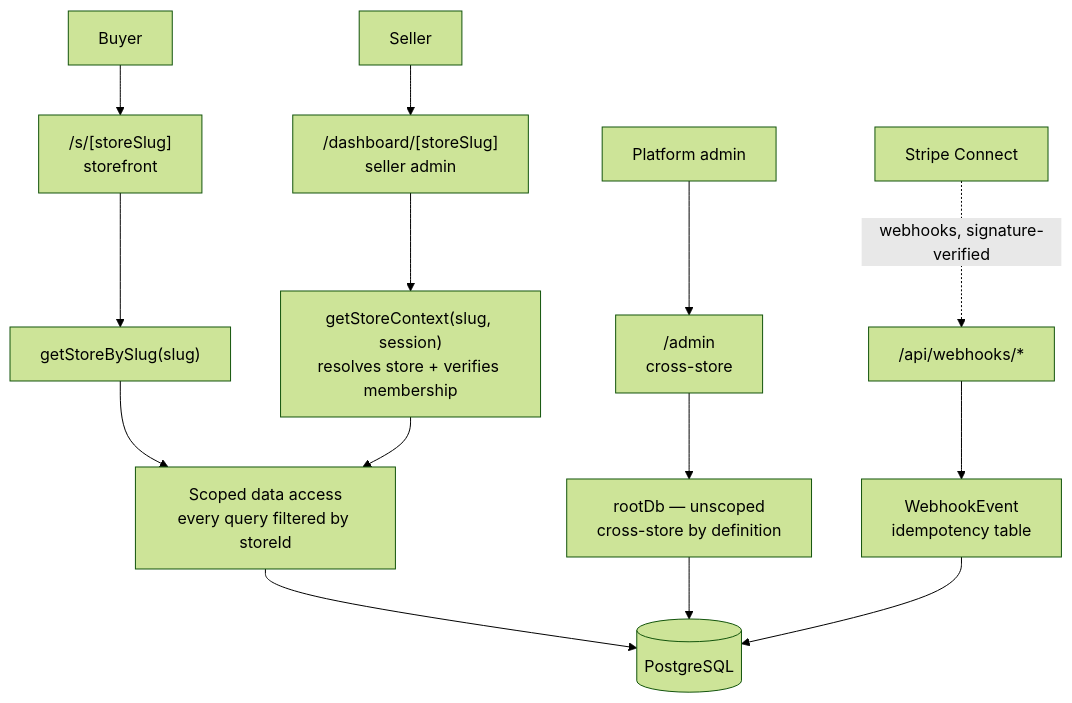
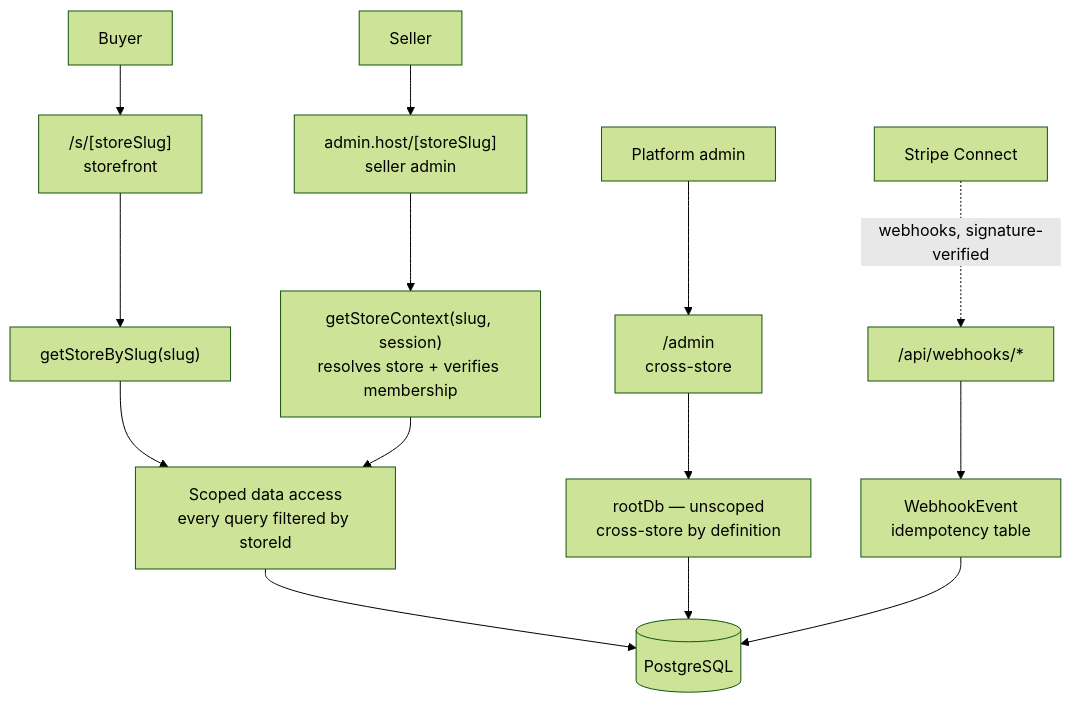
Before and after one commit to keraa00/Tender-ecommerce: the diagram in README.md, drawn with Mermaid (forest theme). The commit also changed other lines of this file and 38 other files, not shown here.

First line of the commit message:
feat(admin): serve the seller admin from admin.<host> with a left drawer

````diff
--- a/README.md
+++ b/README.md
@@ -90,20 +90,20 @@
 ```mermaid
 flowchart TB
     Buyer[Buyer] --> SF["/s/[storeSlug]<br/>storefront"]
-    Seller[Seller] --> DASH["/dashboard/[storeSlug]<br/>seller admin"]
+    Seller[Seller] --> DASH["admin.host/[storeSlug]<br/>seller admin"]
     Admin[Platform admin] --> PADM["/admin<br/>cross-store"]
 
     SF --> RESOLVE["getStoreBySlug(slug)"]
     DASH --> CTX["getStoreContext(slug, session)<br/>resolves store + verifies membership"]
 
     RESOLVE --> SCOPED[Scoped data access<br/>every query filtered by storeId]
     CTX --> SCOPED
     PADM --> ROOT["rootDb — unscoped<br/>cross-store by definition"]
 
     SCOPED --> PG[(PostgreSQL)]
     ROOT --> PG
 
     Stripe[Stripe Connect] -.->|"webhooks, signature-verified"| WH["/api/webhooks/*"]
     WH --> IDEM[WebhookEvent<br/>idempotency table]
     IDEM --> PG
 ```
````
